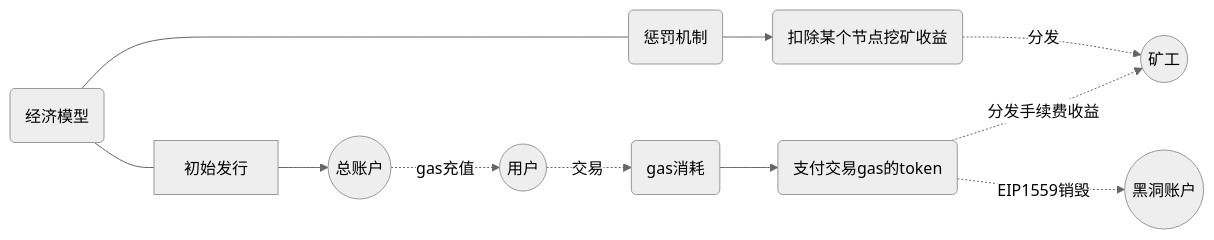
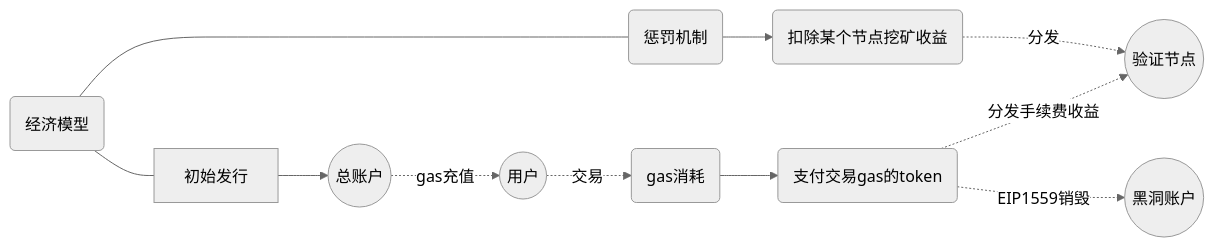
The diagram in 1.需求文档.md (qiyichain/dev-docs), drawn with Mermaid (neutral theme) before and after one commit. The commit also changed other lines of this file and 1 other file, not shown here.

````diff
--- a/1.需求文档.md
+++ b/1.需求文档.md
@@ -13,14 +49,14 @@
 ```mermaid
 
 graph LR
 
 B(经济模型)
 B---C[初始发行]
 D-->L("扣除某个节点挖矿收益")-.分发.->Miners
 B---D(惩罚机制)
 
 C-->E((总账户))
 E-.gas充值.->U((用户))-.交易.->G
-G(gas消耗)-->H(支付交易gas的token)-.分发手续费收益.->Miners((矿工))
+G(gas消耗)-->H(支付交易gas的token)-.分发手续费收益.->Miners((验证节点))
 H-.EIP1559销毁.->BlackHole((黑洞账户))
 ```
````
